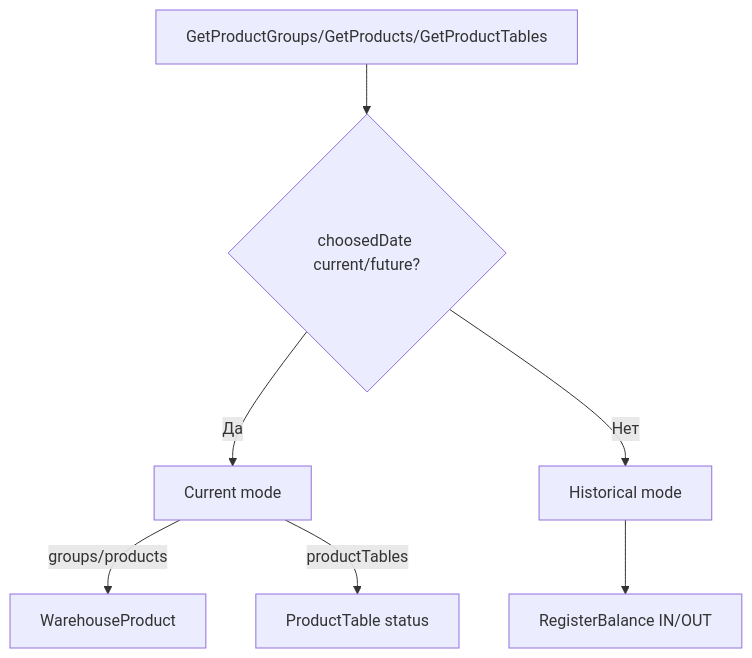
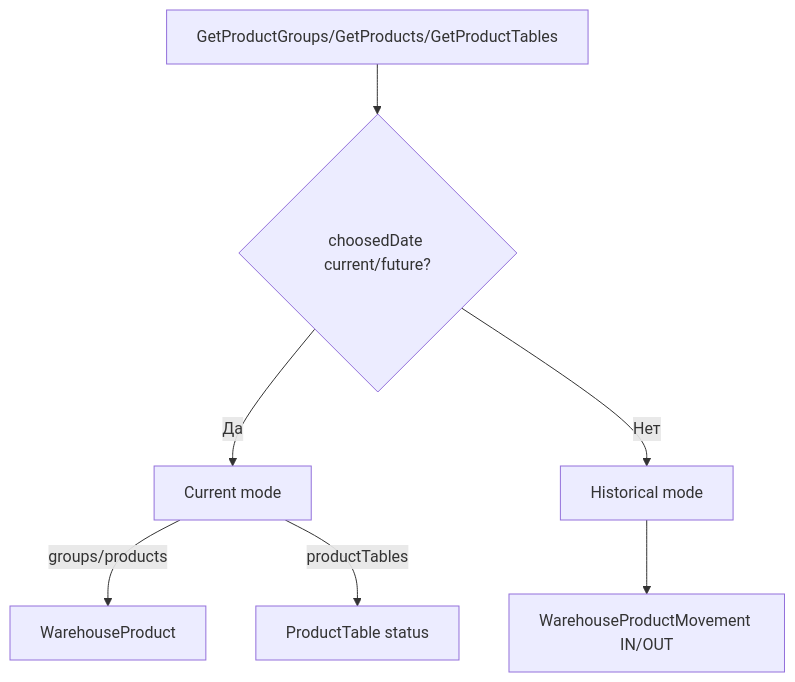
One commit to dasturchione/AccountingBack changed the ninth of 11 diagrams in docs/product-services-documentation.md. Above: the diagram before and after it, drawn with Mermaid. The commit also changed other lines of this file and 65 other files, not shown here.

````diff
--- a/docs/product-services-documentation.md
+++ b/docs/product-services-documentation.md
@@ -411,9 +410,9 @@
 ```mermaid
 flowchart TD
     Request["GetProductGroups/GetProducts/GetProductTables"] --> Date{"choosedDate current/future?"}
     Date -->|Да| Current["Current mode"]
     Date -->|Нет| Historical["Historical mode"]
     Current -->|groups/products| WP["WarehouseProduct"]
     Current -->|productTables| PT["ProductTable status"]
-    Historical --> RB["RegisterBalance IN/OUT"]
+    Historical --> RB["WarehouseProductMovement IN/OUT"]
 ```
````
